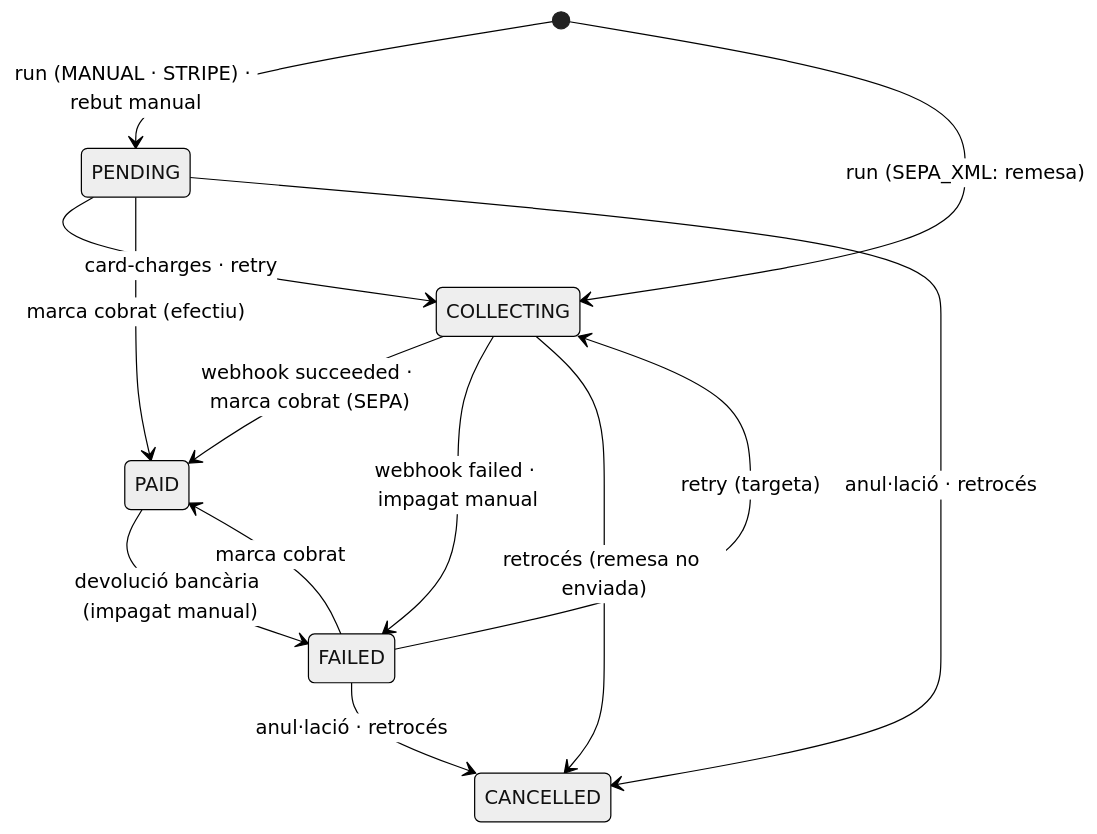
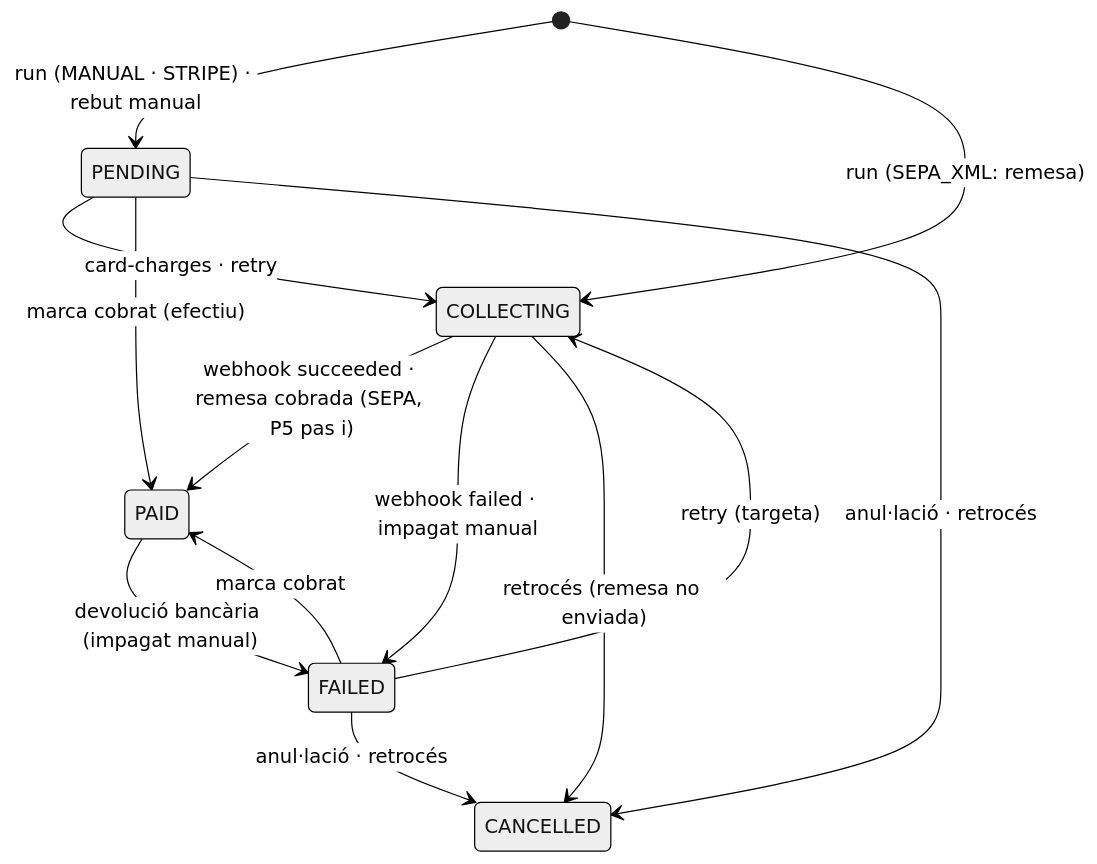
One commit to jboixtcm/agilityhub-core-web changed the first of 2 diagrams in docs/specs/S12-facturacio-i-pagaments.md. Above: the diagram before and after it, drawn with Mermaid (neutral theme). The commit also changed other lines of this file and 454 other files, not shown here.

````diff
--- a/docs/specs/S12-facturacio-i-pagaments.md
+++ b/docs/specs/S12-facturacio-i-pagaments.md
@@ -115,15 +115,15 @@
 ```mermaid
 stateDiagram-v2
   [*] --> PENDING : run (MANUAL · STRIPE) · rebut manual
   [*] --> COLLECTING : run (SEPA_XML: remesa)
   PENDING --> COLLECTING : card-charges · retry
-  COLLECTING --> PAID : webhook succeeded · marca cobrat (SEPA)
+  COLLECTING --> PAID : webhook succeeded · remesa cobrada (SEPA, P5 pas i)
   COLLECTING --> FAILED : webhook failed · impagat manual
   PENDING --> PAID : marca cobrat (efectiu)
   PENDING --> CANCELLED : anul·lació · retrocés
   FAILED --> COLLECTING : retry (targeta)
   FAILED --> PAID : marca cobrat
   FAILED --> CANCELLED : anul·lació · retrocés
   COLLECTING --> CANCELLED : retrocés (remesa no enviada)
   PAID --> FAILED : devolució bancària (impagat manual)
 ```
````
